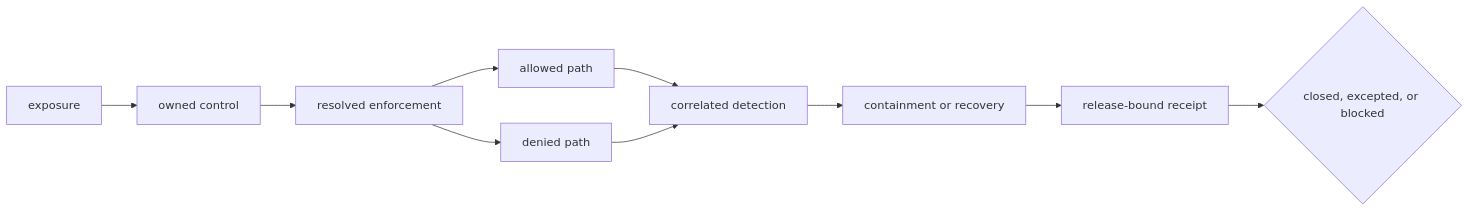
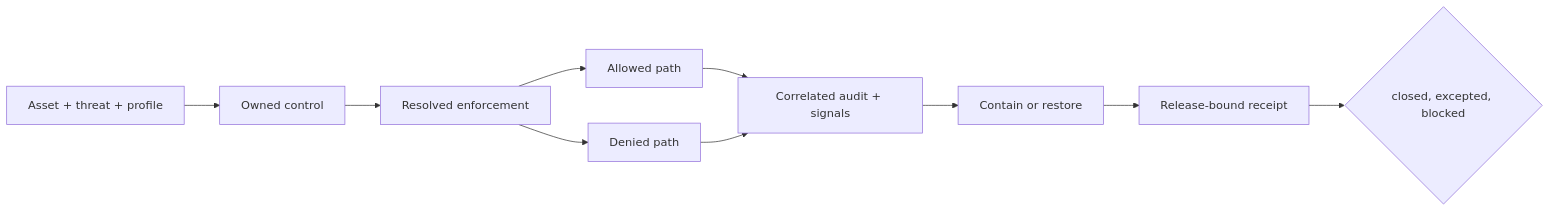
Before and after one commit to bijux/bijux-atlas: the diagram in docs/bijux-atlas-ops/security/index.md, drawn with Mermaid. The commit also changed other lines of this file and 2 other files, not shown here.

Commit message:
docs(assurance): connect controls signals and experiments

````diff
--- a/docs/bijux-atlas-ops/security/index.md
+++ b/docs/bijux-atlas-ops/security/index.md
@@ -85,12 +20,12 @@
 ```mermaid
 flowchart LR
-    Exposure[exposure] --> Control[owned control]
-    Control --> Resolved[resolved enforcement]
-    Resolved --> Positive[allowed path]
-    Resolved --> Negative[denied path]
-    Positive --> Detection[correlated detection]
-    Negative --> Detection
-    Detection --> Recovery[containment or recovery]
-    Recovery --> Binding[release-bound receipt]
-    Binding --> Verdict{"closed, excepted, or blocked"}
+    Exposure[Asset + threat + profile] --> Control[Owned control]
+    Control --> State[Resolved enforcement]
+    State --> Allowed[Allowed path]
+    State --> Denied[Denied path]
+    Allowed --> Detection[Correlated audit + signals]
+    Denied --> Detection
+    Detection --> Recovery[Contain or restore]
+    Recovery --> Receipt[Release-bound receipt]
+    Receipt --> Verdict{closed, excepted, blocked}
 ```
````
